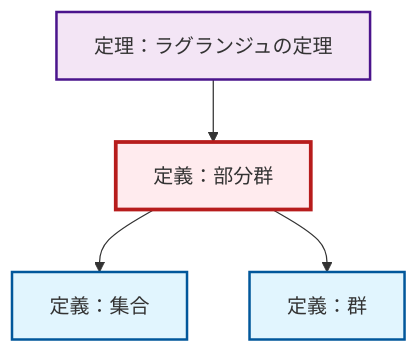
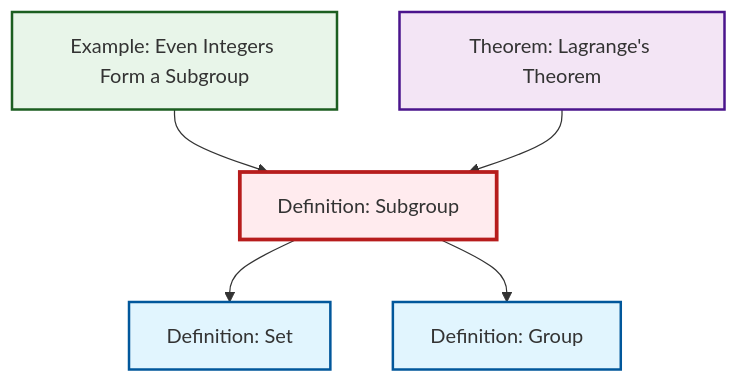
One commit to RK0429/ModernMath changed the diagram in content/ja/algebra/def-subgroup.qmd. Above: the diagram before and after it, drawn with Mermaid. The commit also changed 203 other files, not shown here.

````diff
--- a/content/ja/algebra/def-subgroup.qmd
+++ b/content/ja/algebra/def-subgroup.qmd
@@ -44,21 +44,19 @@
 ```{mermaid}
-%%| fig-cap: "局所依存関係グラフ"
+%%| fig-cap: "Local dependency graph"
 graph TD
     classDef definition fill:#e1f5fe,stroke:#01579b,stroke-width:2px
     classDef theorem fill:#f3e5f5,stroke:#4a148c,stroke-width:2px
     classDef axiom fill:#fff3e0,stroke:#e65100,stroke-width:2px
     classDef example fill:#e8f5e9,stroke:#1b5e20,stroke-width:2px
     classDef current fill:#ffebee,stroke:#b71c1c,stroke-width:3px
-    def-subgroup["定義：部分群"]:::definition
-    thm-lagrange["定理：ラグランジュの定理"]:::theorem
-    def-group["定義：群"]:::definition
-    def-set["定義：集合"]:::definition
-    thm-lagrange --> def-subgroup
+    def-group["Definition: Group"]:::definition
+    ex-even-integers-subgroup["Example: Even Integers Form a Subgroup"]:::example
+    def-set["Definition: Set"]:::definition
+    def-subgroup["Definition: Subgroup"]:::definition
+    thm-lagrange["Theorem: Lagrange's Theorem"]:::theorem
     def-subgroup --> def-set
     def-subgroup --> def-group
+    ex-even-integers-subgroup --> def-subgroup
+    thm-lagrange --> def-subgroup
     class def-subgroup current
-
-    click thm-lagrange "thm-lagrange.html" "Go to 定理：ラグランジュの定理"
-    click def-group "def-group.html" "Go to 定義：群"
-    click def-set "def-set.html" "Go to 定義：集合"
 ```
````
